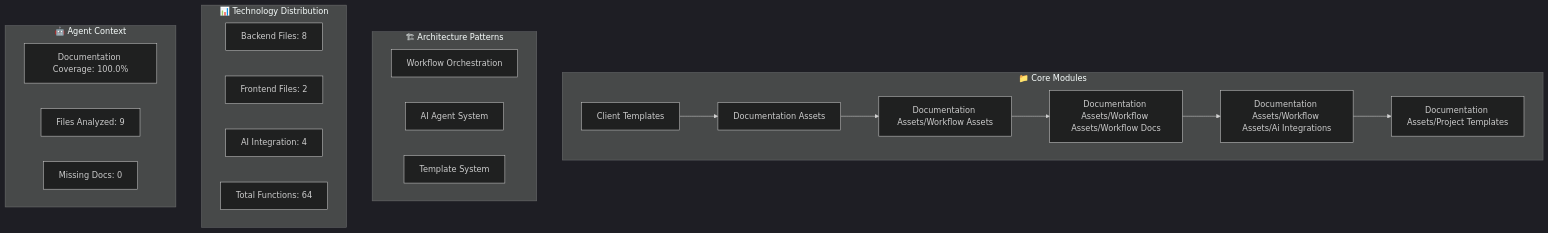
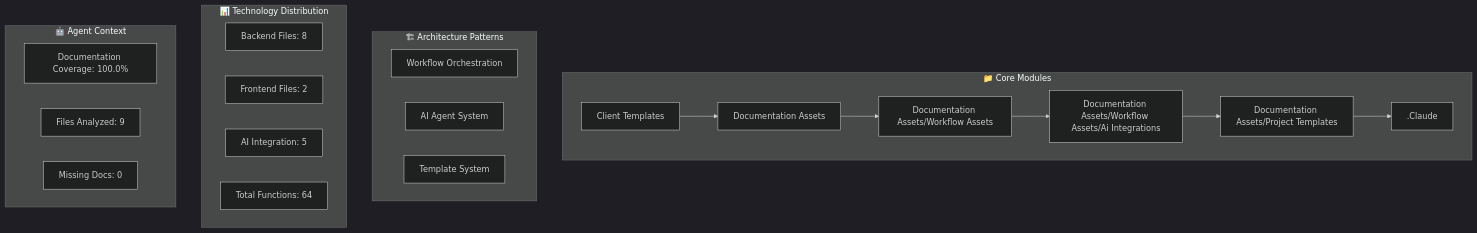
Before and after one commit to Spitfire-Products/Arkival-V4: the second of 5 diagrams in ARCHITECTURE_DIAGRAM.md, drawn with Mermaid (dark theme). The commit also changed other lines of this file and 15 other files, not shown here.

````diff
--- a/ARCHITECTURE_DIAGRAM.md
+++ b/ARCHITECTURE_DIAGRAM.md
@@ -44,36 +44,36 @@
 ```mermaid
 graph TB
     subgraph "📁 Core Modules"
         M0[Client Templates]
         M1[Documentation Assets]
         M2[Documentation Assets/Workflow Assets]
-        M3[Documentation Assets/Workflow Assets/Workflow Docs]
-        M4[Documentation Assets/Workflow Assets/Ai Integrations]
-        M5[Documentation Assets/Project Templates]
+        M3[Documentation Assets/Workflow Assets/Ai Integrations]
+        M4[Documentation Assets/Project Templates]
+        M5[.Claude]
 
         M0 --> M1
         M1 --> M2
         M2 --> M3
         M3 --> M4
         M4 --> M5
     end
 
     subgraph "🏗 Architecture Patterns"
         P0[Workflow Orchestration]
         P1[AI Agent System]
         P2[Template System]
     end
 
     subgraph "📊 Technology Distribution"
         T1[Backend Files: 8]
         T2[Frontend Files: 2]
-        T3[AI Integration: 4]
+        T3[AI Integration: 5]
         T4[Total Functions: 64]
     end
 
     subgraph "🤖 Agent Context"
         A1[Documentation Coverage: 100.0%]
         A2[Files Analyzed: 9]
         A3[Missing Docs: 0]
     end
 ```
````
